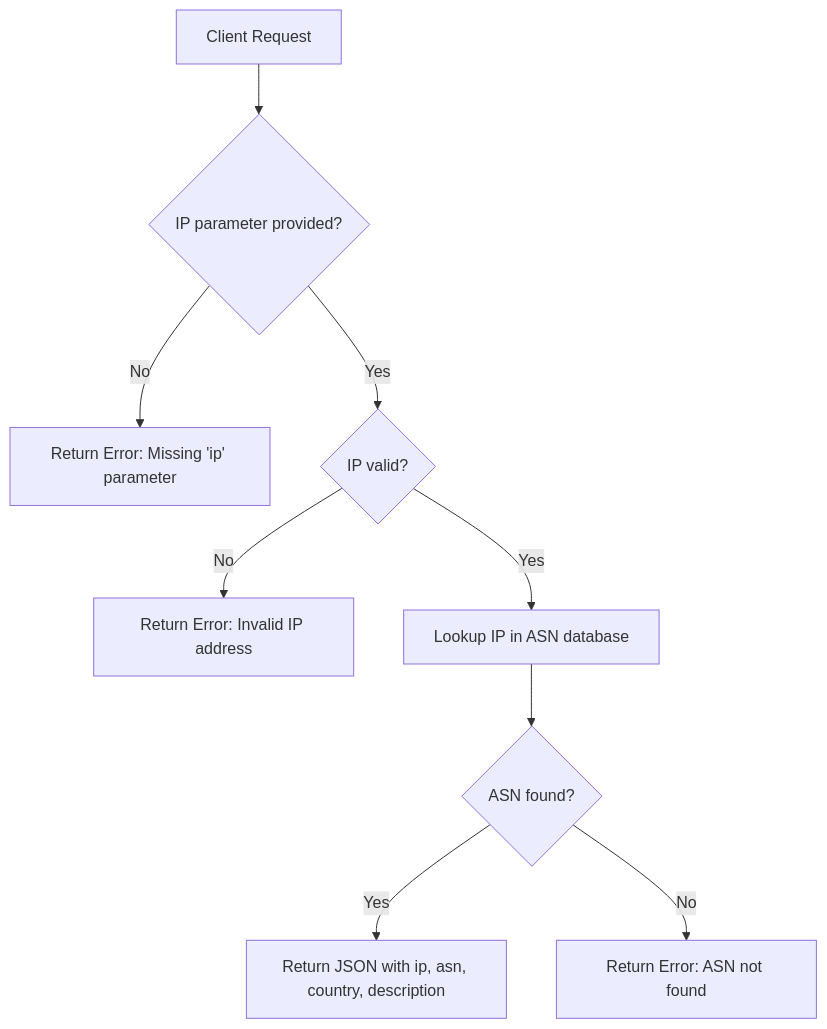
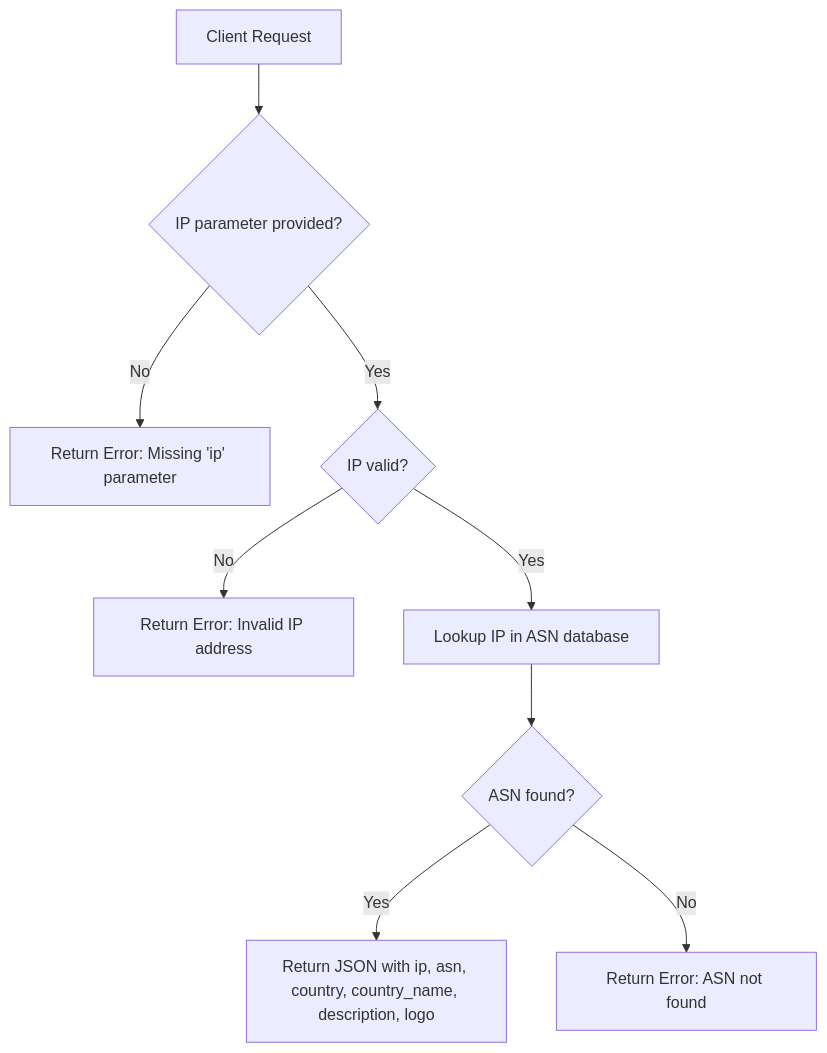
The diagram in README.md (Tizian-Maxime-Weigt/IP-to-ASN-and-Whois-API), drawn with Mermaid before and after one commit. The commit also changed other lines of this file, not shown here.

````diff
--- a/README.md
+++ b/README.md
@@ -75,11 +80,11 @@
 ```mermaid
 flowchart TD
     A[Client Request] --> B{IP parameter provided?}
     B -- No --> C[Return Error: Missing 'ip' parameter]
     B -- Yes --> D{IP valid?}
     D -- No --> E[Return Error: Invalid IP address]
     D -- Yes --> F[Lookup IP in ASN database]
     F --> G{ASN found?}
-    G -- Yes --> H[Return JSON with ip, asn, country, description]
+    G -- Yes --> H[Return JSON with ip, asn, country, country_name, description, logo]
     G -- No --> I[Return Error: ASN not found]
 ```
````
